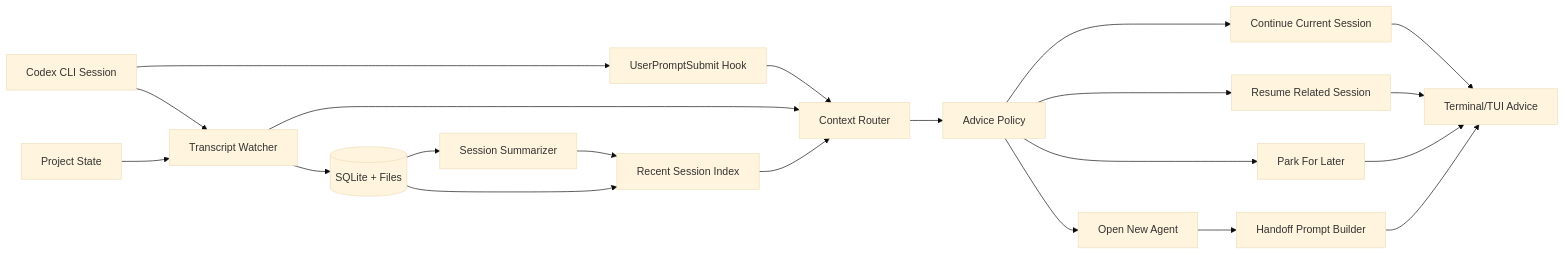
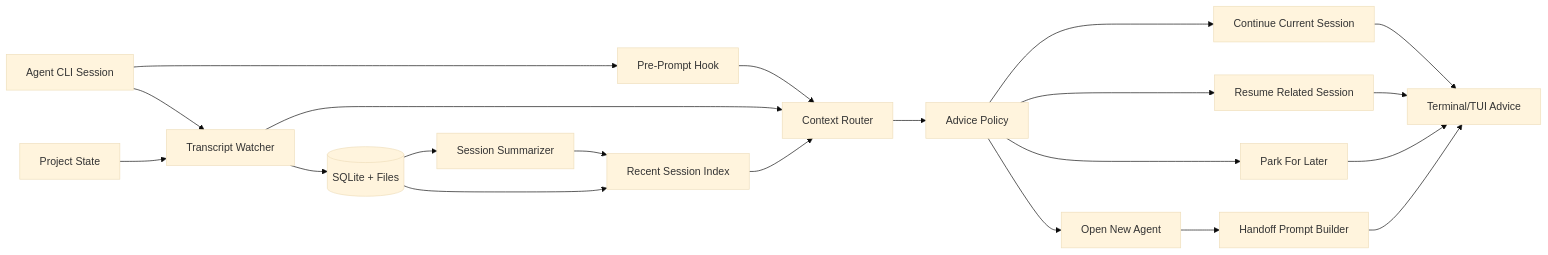
Before and after one commit to amir-h-rassafi/threadwise: the first of 4 diagrams in docs/architecture.md, drawn with Mermaid (base theme). The commit also changed other lines of this file and 1 other file, not shown here.

````diff
--- a/docs/architecture.md
+++ b/docs/architecture.md
@@ -58,23 +63,23 @@
 ```mermaid
 flowchart LR
-    Codex[Codex CLI Session] --> Hook[UserPromptSubmit Hook]
-    Codex --> Watcher[Transcript Watcher]
+    Agent[Agent CLI Session] --> Hook[Pre-Prompt Hook]
+    Agent --> Watcher[Transcript Watcher]
     Repo[Project State] --> Watcher
     Hook --> Router[Context Router]
     Watcher --> Store[(SQLite + Files)]
     Store --> Summarizer[Session Summarizer]
     Summarizer --> Index[Recent Session Index]
     Watcher --> Router[Context Router]
     Index --> Router
     Router --> Policy[Advice Policy]
     Policy --> Continue[Continue Current Session]
     Policy --> Resume[Resume Related Session]
     Policy --> Split[Open New Agent]
     Policy --> Park[Park For Later]
     Continue --> UI[Terminal/TUI Advice]
     Resume --> UI
     Split --> Handoff[Handoff Prompt Builder]
     Park --> UI
     Handoff --> UI
     Store --> Index
 ```
````
